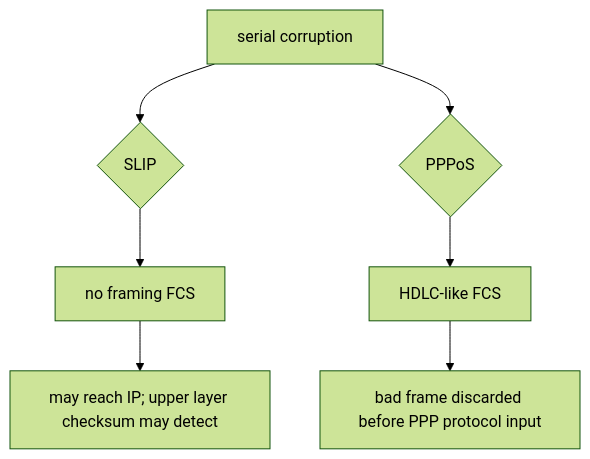
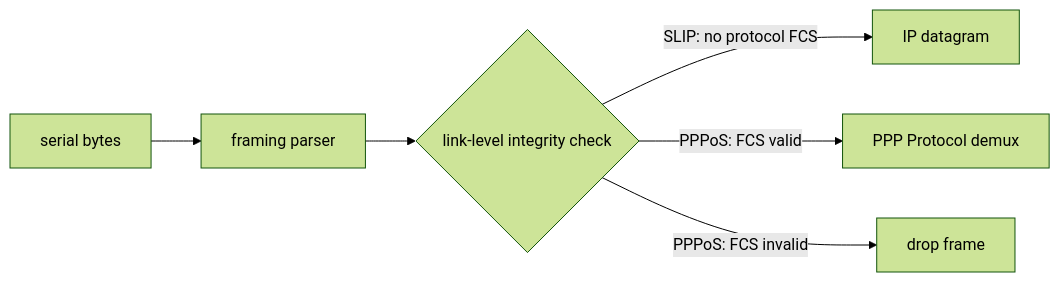
One commit to wdfk-prog/lwIP-Source-Lab changed the third of 4 diagrams in docs/31-slip-vs-pppos.md. Above: the diagram before and after it, drawn with Mermaid (forest theme). The commit also changed other lines of this file and 49 other files, not shown here.

````diff
--- a/docs/31-slip-vs-pppos.md
+++ b/docs/31-slip-vs-pppos.md
@@ -415,9 +85,8 @@
 ```mermaid
-flowchart TD
-    A["serial corruption"] --> B{"SLIP"}
-    B --> C["no framing FCS"]
-    C --> D["may reach IP; upper layer checksum may detect"]
-    A --> E{"PPPoS"}
-    E --> F["HDLC-like FCS"]
-    F --> G["bad frame discarded before PPP protocol input"]
+flowchart LR
+    A["serial bytes"] --> B["framing parser"]
+    B --> C{"link-level integrity check"}
+    C -->|SLIP: no protocol FCS| D["IP datagram"]
+    C -->|PPPoS: FCS valid| E["PPP Protocol demux"]
+    C -->|PPPoS: FCS invalid| F["drop frame"]
 ```
````
